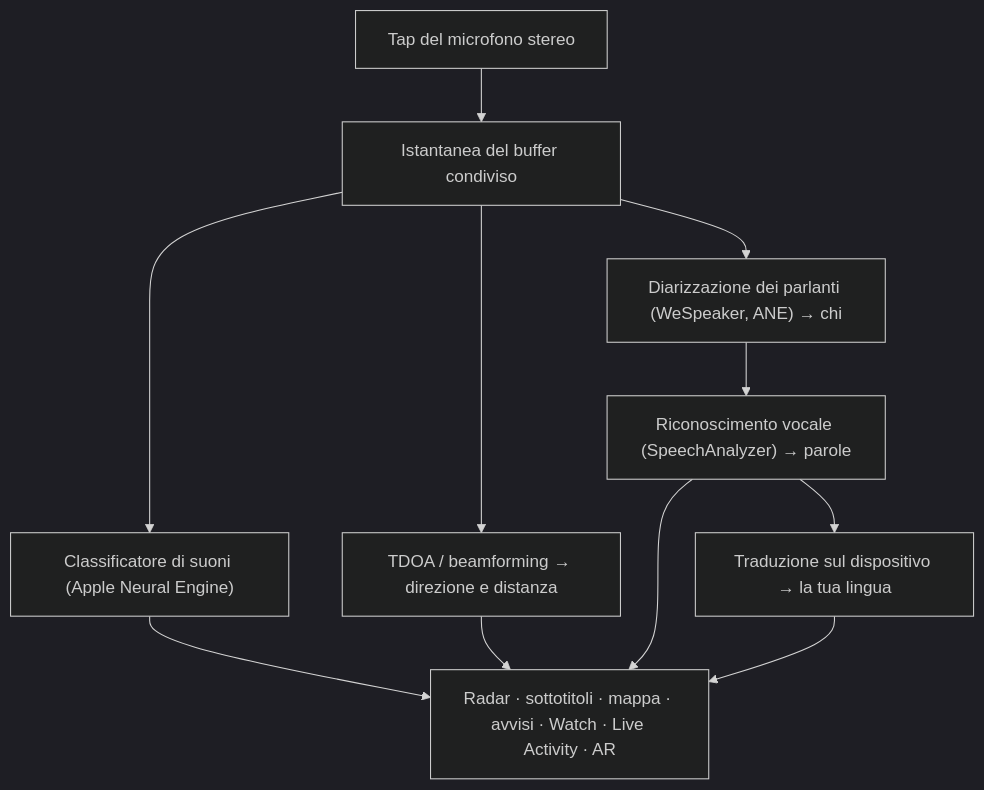
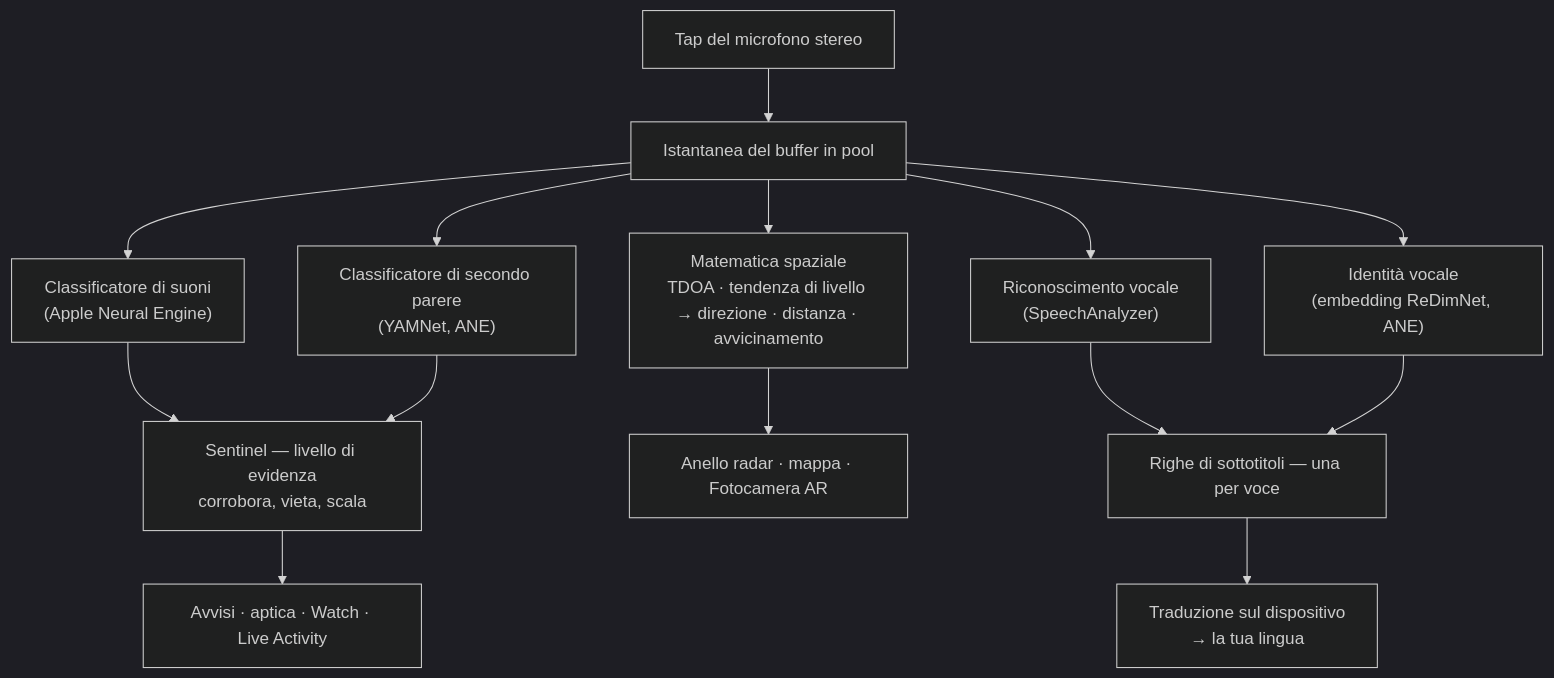
One commit to rpalm01-star/VigilantEarLegal changed the second of 4 diagrams in README_it.md. Above: the diagram before and after it, drawn with Mermaid (dark theme). The commit also changed other lines of this file and 11 other files, not shown here.

````diff
--- a/README_it.md
+++ b/README_it.md
@@ -113,10 +124,16 @@
 ```mermaid
 graph TD
-    A["Tap del microfono stereo"] --> B["Istantanea del buffer condiviso"]
-    B --> C["Classificatore di suoni (Apple Neural Engine)"]
-    B --> D["TDOA / beamforming → direzione e distanza"]
-    B --> E["Diarizzazione dei parlanti (WeSpeaker, ANE) → chi"]
-    E --> F["Riconoscimento vocale (SpeechAnalyzer) → parole"]
-    F --> G["Traduzione sul dispositivo → la tua lingua"]
-    C & D & F & G --> H["Radar · sottotitoli · mappa · avvisi · Watch · Live Activity · AR"]
+    A["Tap del microfono stereo"] --> B["Istantanea del buffer in pool"]
+    B --> C["Classificatore di suoni<br/>(Apple Neural Engine)"]
+    B --> Y["Classificatore di secondo parere<br/>(YAMNet, ANE)"]
+    C --> S["Sentinel — livello di evidenza<br/>corrobora, vieta, scala"]
+    Y --> S
+    S --> H["Avvisi · aptica · Watch · Live Activity"]
+    B --> D["Matematica spaziale<br/>TDOA · tendenza di livello → direzione · distanza · avvicinamento"]
+    D --> R["Anello radar · mappa · Fotocamera AR"]
+    B --> F["Riconoscimento vocale<br/>(SpeechAnalyzer)"]
+    B --> E["Identità vocale<br/>(embedding ReDimNet, ANE)"]
+    F --> G["Righe di sottotitoli — una per voce"]
+    E --> G
+    G --> T["Traduzione sul dispositivo<br/>→ la tua lingua"]
 ```
````
